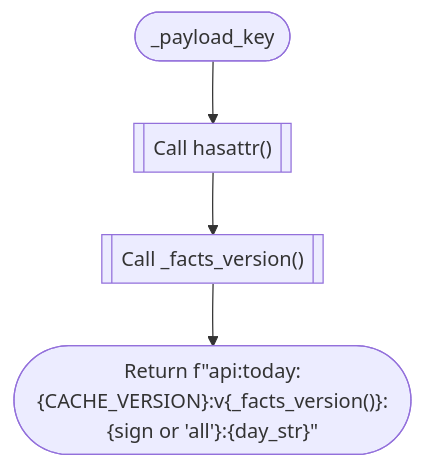
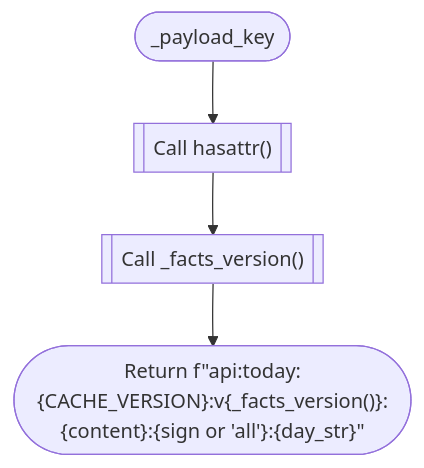
Before and after one commit to ihrusl05-rgb/Factoscope: diagram 30 of 55 in codedebrief-out/codedebrief.md, drawn with Mermaid. The commit also changed other lines of this file and 10 other files, not shown here.

````diff
--- a/codedebrief-out/codedebrief.md
+++ b/codedebrief-out/codedebrief.md
@@ -757,10 +767,10 @@
 ```mermaid
 flowchart TD
   mflow_22a3e51c6891ef48_n1(["_payload_key"])
   mflow_22a3e51c6891ef48_n2[["Call hasattr()"]]
   mflow_22a3e51c6891ef48_n3[["Call _facts_version()"]]
-  mflow_22a3e51c6891ef48_n4(["Return f&quot;api:today:{CACHE_VERSION}:v{_facts_version()}:{sign or 'all'}:{day_str}&quot;"])
+  mflow_22a3e51c6891ef48_n4(["Return f&quot;api:today:{CACHE_VERSION}:v{_facts_version()}:{content}:{sign or 'all'}:{day_str}&quot;"])
   mflow_22a3e51c6891ef48_n1 --> mflow_22a3e51c6891ef48_n2
   mflow_22a3e51c6891ef48_n2 --> mflow_22a3e51c6891ef48_n3
   mflow_22a3e51c6891ef48_n3 --> mflow_22a3e51c6891ef48_n4
 ```
````
